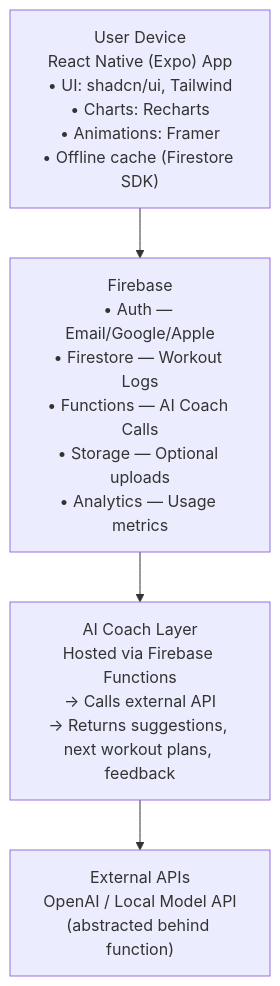
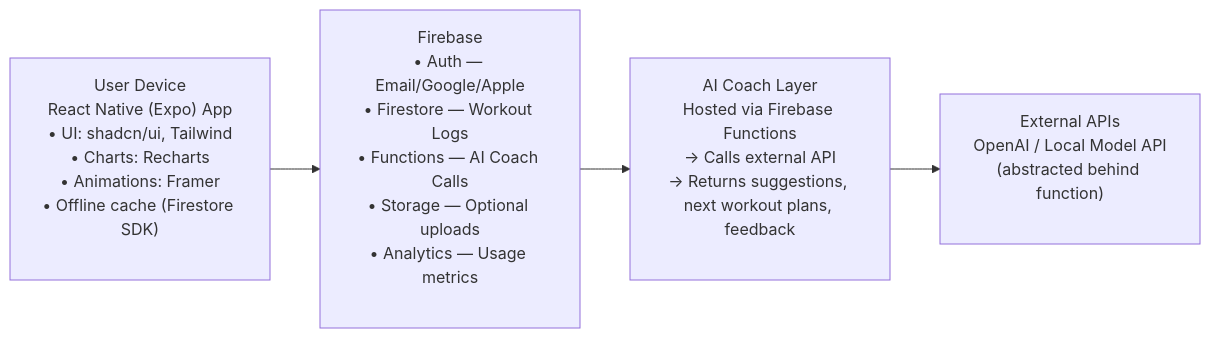
One commit to kjeehwan/lastrep changed the diagram in docs/architecture.md. Above: the diagram before and after it, drawn with Mermaid.

Commit message:
Update docs: refined architecture with mermaid diagram

````diff
--- a/docs/architecture.md
+++ b/docs/architecture.md
@@ -51,9 +51,9 @@
 ```mermaid
-flowchart TD
-    A["User Device<br/>React Native (Expo) App<br/>• UI: shadcn/ui, Tailwind<br/>• Charts: Recharts<br/>• Animations: Framer<br/>• Offline cache (Firestore SDK)"]
-    B["Firebase<br/>• Auth — Email/Google/Apple<br/>• Firestore — Workout Logs<br/>• Functions — AI Coach Calls<br/>• Storage — Optional uploads<br/>• Analytics — Usage metrics"]
-    C["AI Coach Layer<br/>Hosted via Firebase Functions<br/>→ Calls external API<br/>→ Returns suggestions, next workout plans, feedback"]
-    D["External APIs<br/>OpenAI / Local Model API<br/>(abstracted behind function)"]
+flowchart LR
+    A["User Device<br/>React Native (Expo) App<br/>• UI: shadcn/ui, Tailwind<br/>• Charts: Recharts<br/>• Animations: Framer<br/>• Offline cache (Firestore SDK)<br/><span style='opacity:0'>__________________________</span>"]
+    B["Firebase<br/>• Auth — Email/Google/Apple<br/>• Firestore — Workout Logs<br/>• Functions — AI Coach Calls<br/>• Storage — Optional uploads<br/>• Analytics — Usage metrics<br/><span style='opacity:0'>__________________________</span>"]
+    C["AI Coach Layer<br/>Hosted via Firebase Functions<br/>→ Calls external API<br/>→ Returns suggestions, next workout plans, feedback<br/><span style='opacity:0'>__________________________</span>"]
+    D["External APIs<br/>OpenAI / Local Model API<br/>(abstracted behind function)<br/><span style='opacity:0'>__________________________</span>"]
 
     A --> B --> C --> D
 ```
````
